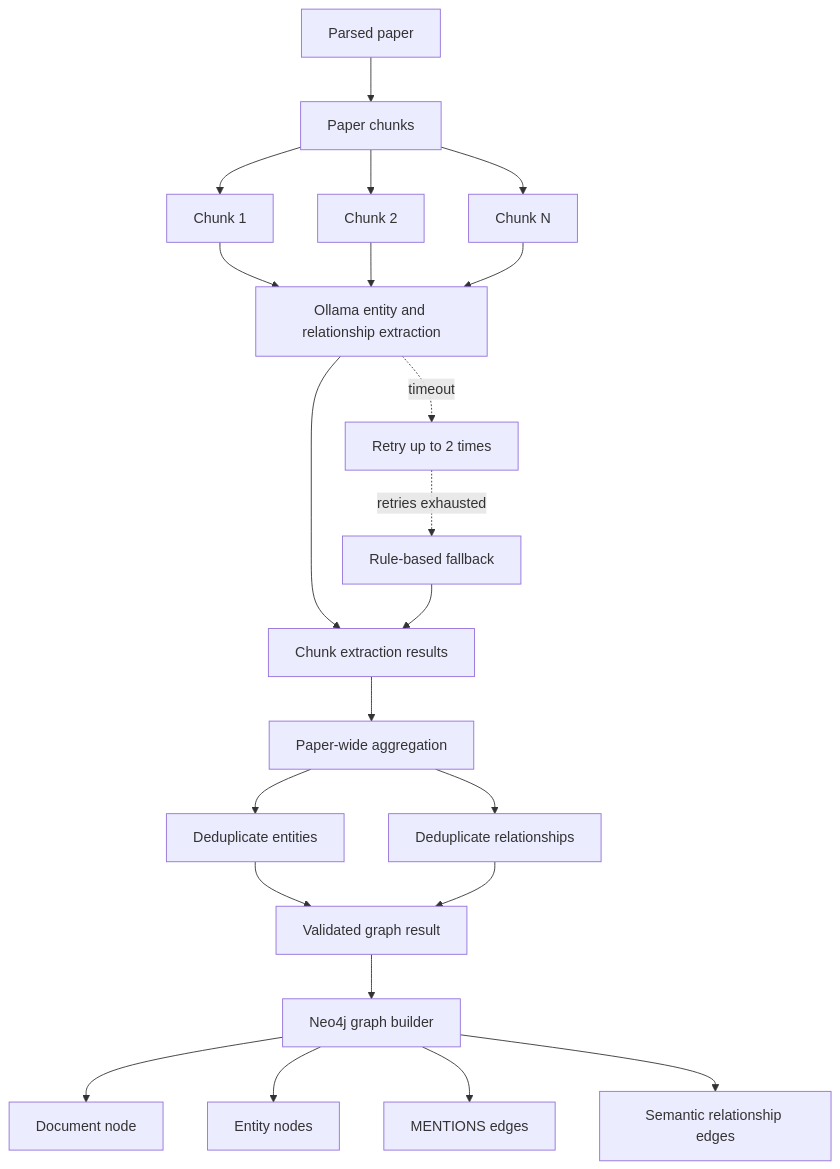
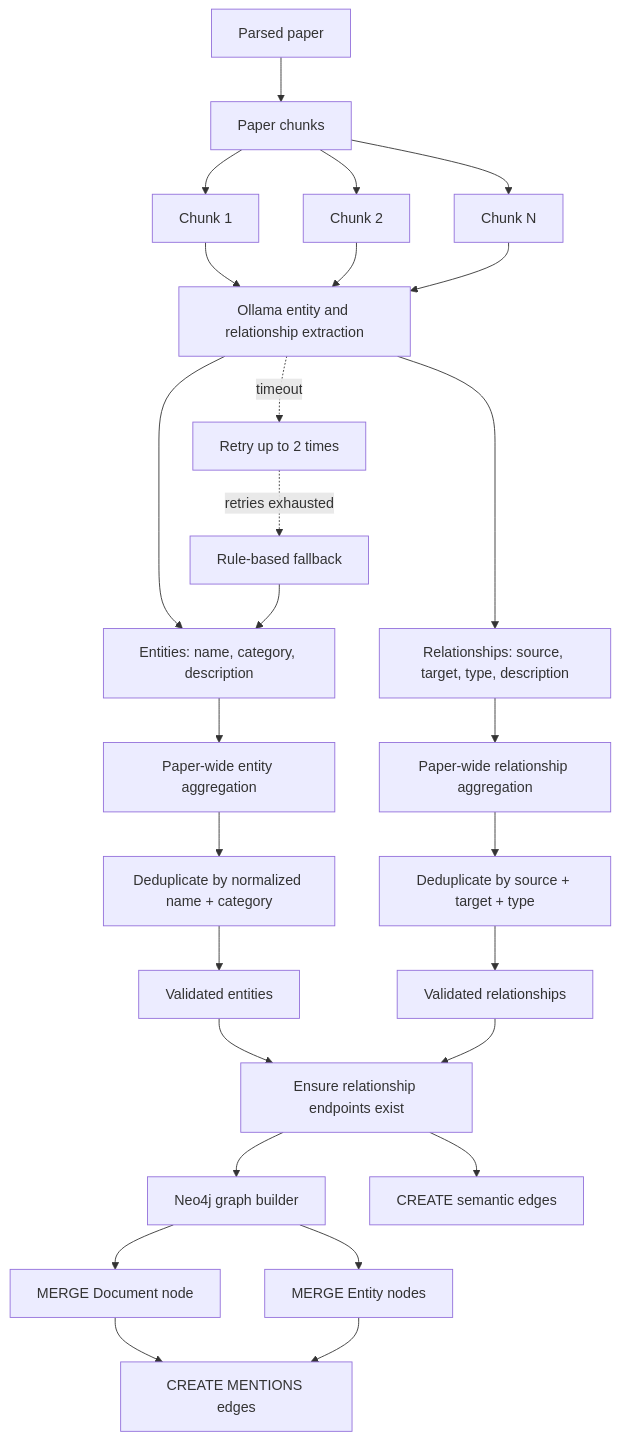
Before and after one commit to omartt4/AI-project-group: the diagram in GRAPH_KNOWLEDGE_BUILDING.md, drawn with Mermaid. The commit also changed other lines of this file, not shown here.

````diff
--- a/GRAPH_KNOWLEDGE_BUILDING.md
+++ b/GRAPH_KNOWLEDGE_BUILDING.md
@@ -188,28 +188,33 @@
 ```mermaid
 flowchart TD
     A[Parsed paper] --> B[Paper chunks]
     B --> C[Chunk 1]
     B --> D[Chunk 2]
     B --> E[Chunk N]
 
     C --> F[Ollama entity and relationship extraction]
     D --> F
     E --> F
 
-    F --> G[Chunk extraction results]
-    G --> H[Paper-wide aggregation]
-    H --> I[Deduplicate entities]
-    H --> J[Deduplicate relationships]
-    I --> K[Validated graph result]
-    J --> K
+    F --> G[Entities: name, category, description]
+    F --> H[Relationships: source, target, type, description]
+    G --> I[Paper-wide entity aggregation]
+    H --> J[Paper-wide relationship aggregation]
+    I --> K[Deduplicate by normalized name + category]
+    J --> L[Deduplicate by source + target + type]
+    K --> M[Validated entities]
+    L --> N[Validated relationships]
+    M --> O[Ensure relationship endpoints exist]
+    N --> O
 
-    K --> L[Neo4j graph builder]
-    L --> M[Document node]
-    L --> N[Entity nodes]
-    L --> O[MENTIONS edges]
-    L --> P[Semantic relationship edges]
+    O --> P[Neo4j graph builder]
+    P --> Q[MERGE Document node]
+    P --> R[MERGE Entity nodes]
+    Q --> S[CREATE MENTIONS edges]
+    R --> S
+    O --> T[CREATE semantic edges]
 
-    F -. timeout .-> Q[Retry up to 2 times]
-    Q -. retries exhausted .-> R[Rule-based fallback]
-    R --> G
+    F -. timeout .-> V[Retry up to 2 times]
+    V -. retries exhausted .-> U[Rule-based fallback]
+    U --> G
 ```
````
